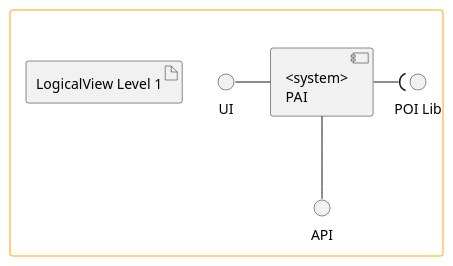
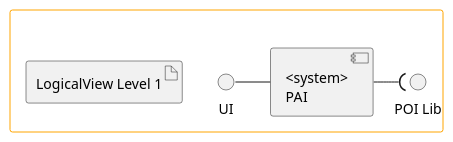
One commit to GasparISEP/DevOps-PAI changed the diagram in docs/US11/LogicalView/Level1.puml. Above: the diagram before and after it, drawn with PlantUML. The commit also changed 1 other file, not shown here.

Commit message:
Ref #505: Change both logical view diagram after talking and discussing with teacher

```diff
--- a/docs/US11/LogicalView/Level1.puml
+++ b/docs/US11/LogicalView/Level1.puml
@@ -1,24 +1,22 @@
 @startuml
 
 skinparam rectangle {
   BorderColor Orange
   BackgroundColor White
 }
 
 rectangle " " as SystemBox {
 
   artifact "LogicalView Level 1" as D1
 
   component "<system>\nPAI" as PAI {
   }
 
   interface "UI" as UI
-  interface "API" as API
   interface "POI Lib" as POI
 
   UI -right- PAI
-  API -up- PAI
   PAI -( POI
 }
 
 @enduml
```
